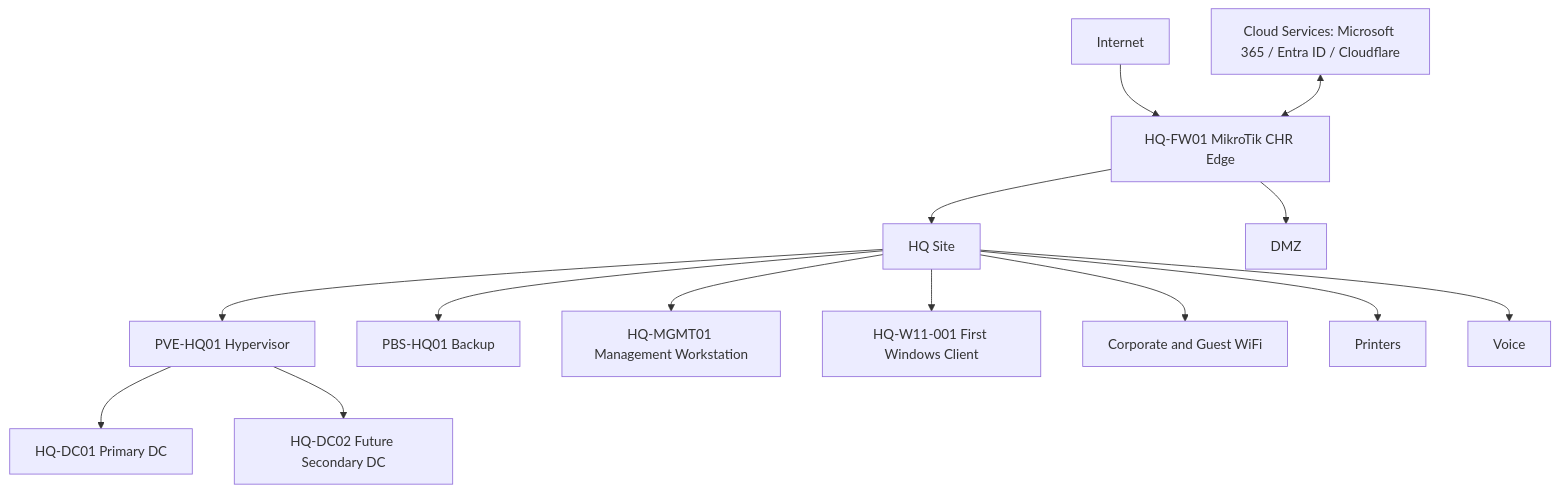
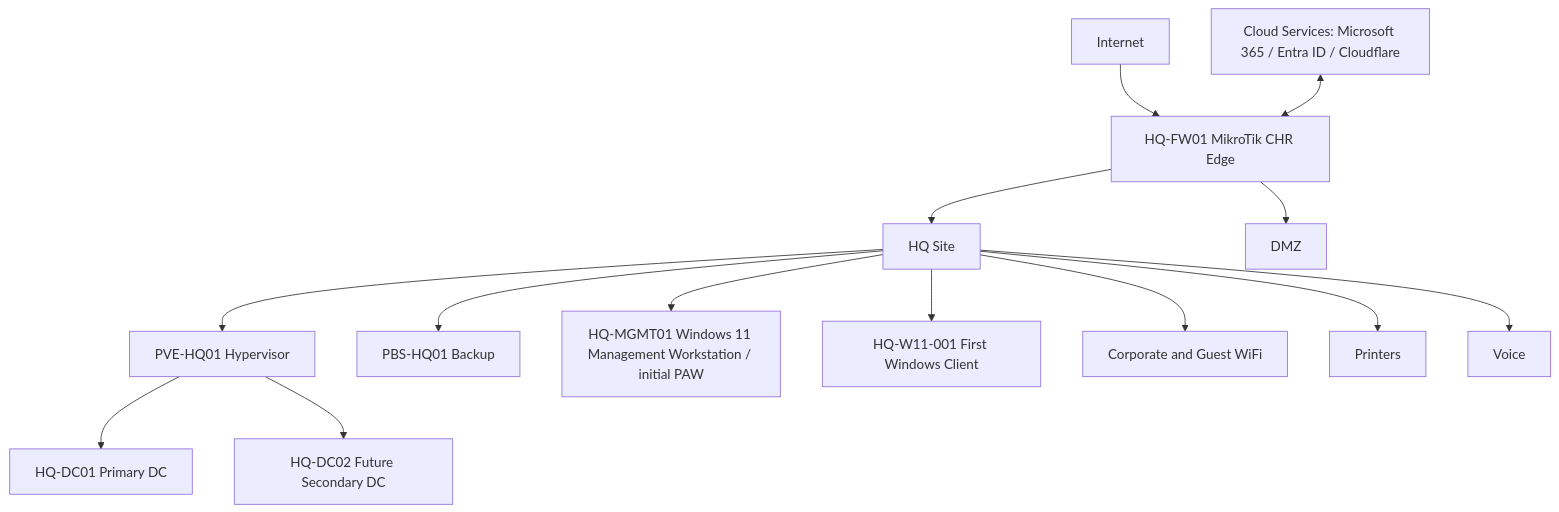
Before and after one commit to gntech-dev/geil-enterprise-docs: the first of 6 diagrams in docs/architecture/enterprise-lab-blueprint.md, drawn with Mermaid. The commit also changed other lines of this file and 19 other files, not shown here.

Commit message:
docs: define HQ-MGMT01 as Windows 11 management workstation

````diff
--- a/docs/architecture/enterprise-lab-blueprint.md
+++ b/docs/architecture/enterprise-lab-blueprint.md
@@ -59,31 +59,31 @@
 ```mermaid
 flowchart TD
     Internet[Internet]
     Cloud[Cloud Services: Microsoft 365 / Entra ID / Cloudflare]
     Edge[HQ-FW01 MikroTik CHR Edge]
     HQ[HQ Site]
     PVE[PVE-HQ01 Hypervisor]
     PBS[PBS-HQ01 Backup]
     DC1[HQ-DC01 Primary DC]
     DC2[HQ-DC02 Future Secondary DC]
-    MGMT[HQ-MGMT01 Management Workstation]
+    MGMT[HQ-MGMT01 Windows 11 Management Workstation / initial PAW]
     W11[HQ-W11-001 First Windows Client]
     WiFi[Corporate and Guest WiFi]
     Printers[Printers]
     Voice[Voice]
     DMZ[DMZ]
 
     Internet --> Edge
     Cloud <--> Edge
     Edge --> HQ
     HQ --> PVE
     HQ --> PBS
     PVE --> DC1
     PVE --> DC2
     HQ --> MGMT
     HQ --> W11
     HQ --> WiFi
     HQ --> Printers
     HQ --> Voice
     Edge --> DMZ
 ```
````
